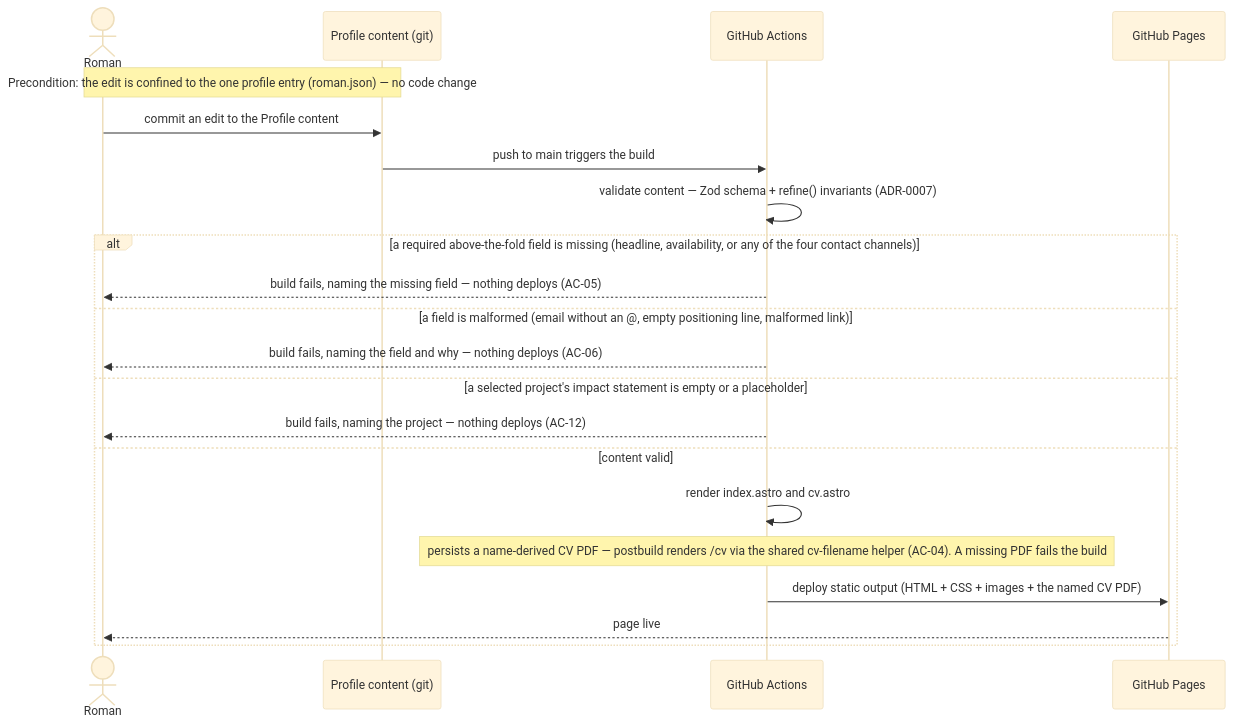
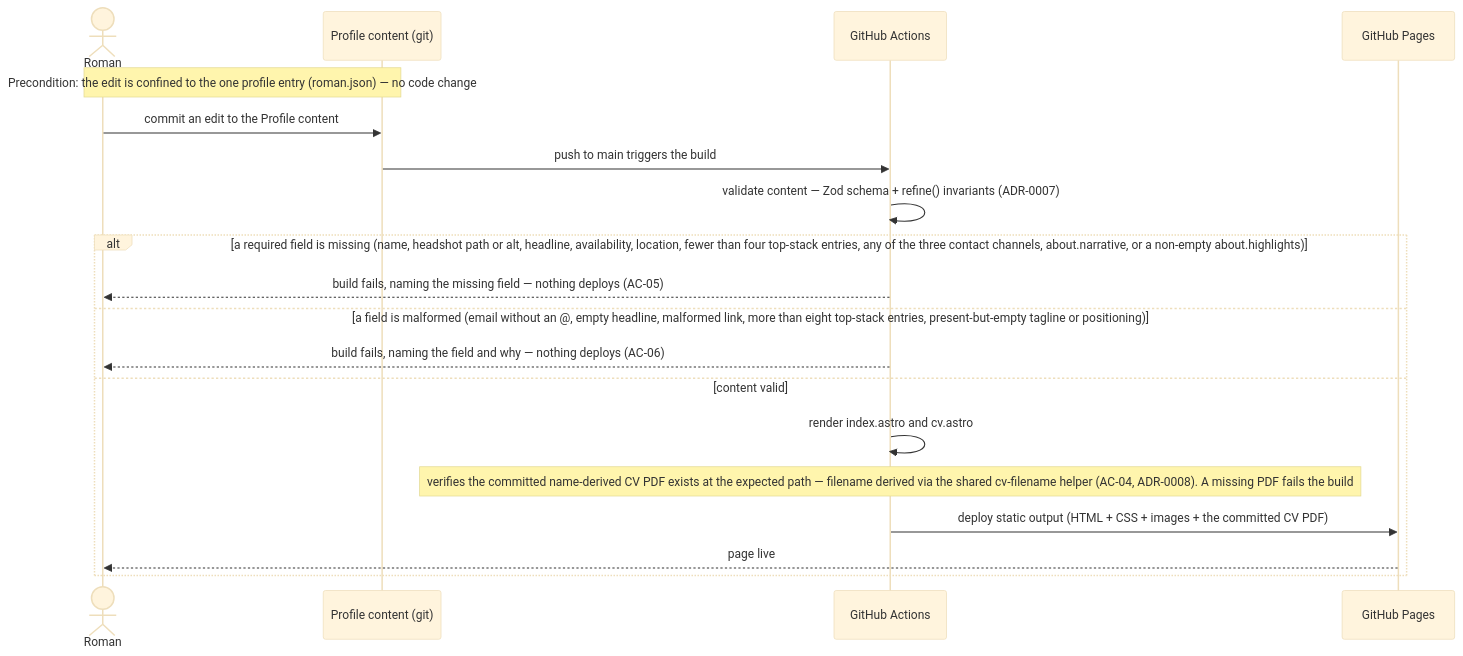
The sixth of 6 diagrams in docs/features/personal-landing/sad.md (financeasist/personal-page), drawn with Mermaid (base theme) before and after one commit. The commit also changed other lines of this file, not shown here.

First line of the commit message:
sequences: personal-landing — re-sync §6 to phone-out / About-in scope

````diff
--- a/docs/features/personal-landing/sad.md
+++ b/docs/features/personal-landing/sad.md
@@ -267,23 +243,21 @@
 ```mermaid
 sequenceDiagram
     actor Roman
     participant Repo as Profile content (git)
     participant CI as GitHub Actions
     participant Pages as GitHub Pages
     Note over Roman,Repo: Precondition: the edit is confined to the one profile entry (roman.json) — no code change
     Roman->>Repo: commit an edit to the Profile content
     Repo->>CI: push to main triggers the build
     CI->>CI: validate content — Zod schema + refine() invariants (ADR-0007)
-    alt a required above-the-fold field is missing (headline, availability, or any of the four contact channels)
+    alt a required field is missing (name, headshot path or alt, headline, availability, location, fewer than four top-stack entries, any of the three contact channels, about.narrative, or a non-empty about.highlights)
         CI-->>Roman: build fails, naming the missing field — nothing deploys (AC-05)
-    else a field is malformed (email without an @, empty positioning line, malformed link)
+    else a field is malformed (email without an @, empty headline, malformed link, more than eight top-stack entries, present-but-empty tagline or positioning)
         CI-->>Roman: build fails, naming the field and why — nothing deploys (AC-06)
-    else a selected project's impact statement is empty or a placeholder
-        CI-->>Roman: build fails, naming the project — nothing deploys (AC-12)
     else content valid
         CI->>CI: render index.astro and cv.astro
-        Note over CI: persists a name-derived CV PDF — postbuild renders /cv via the shared cv-filename helper (AC-04). A missing PDF fails the build
-        CI->>Pages: deploy static output (HTML + CSS + images + the named CV PDF)
+        Note over CI: verifies the committed name-derived CV PDF exists at the expected path — filename derived via the shared cv-filename helper (AC-04, ADR-0008). A missing PDF fails the build
+        CI->>Pages: deploy static output (HTML + CSS + images + the committed CV PDF)
         Pages-->>Roman: page live
     end
 ```
````
